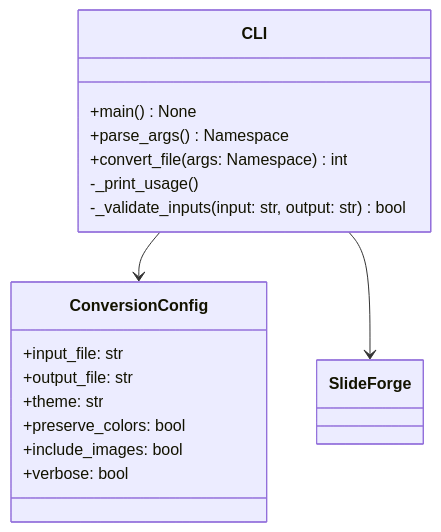
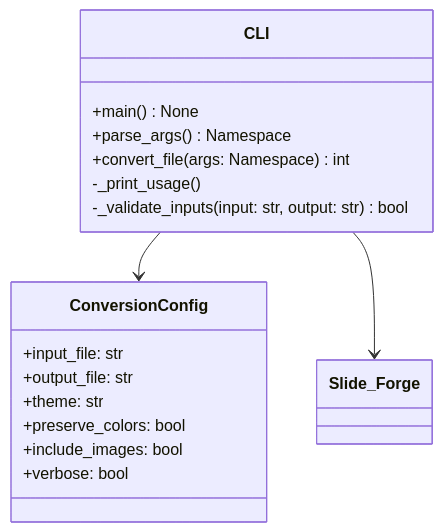
Before and after one commit to marvins/slide-forge: the fourth of 7 diagrams in docs/class-diagrams.md, drawn with Mermaid. The commit also changed other lines of this file and 9 other files, not shown here.

````diff
--- a/docs/class-diagrams.md
+++ b/docs/class-diagrams.md
@@ -148,22 +148,22 @@
 ```mermaid
 classDiagram
     class CLI {
         +main() None
         +parse_args() Namespace
         +convert_file(args: Namespace) int
         -_print_usage()
         -_validate_inputs(input: str, output: str) bool
     }
 
     class ConversionConfig {
         +input_file: str
         +output_file: str
         +theme: str
         +preserve_colors: bool
         +include_images: bool
         +verbose: bool
     }
 
     CLI --> ConversionConfig
-    CLI --> SlideForge
+    CLI --> Slide_Forge
 ```
````
